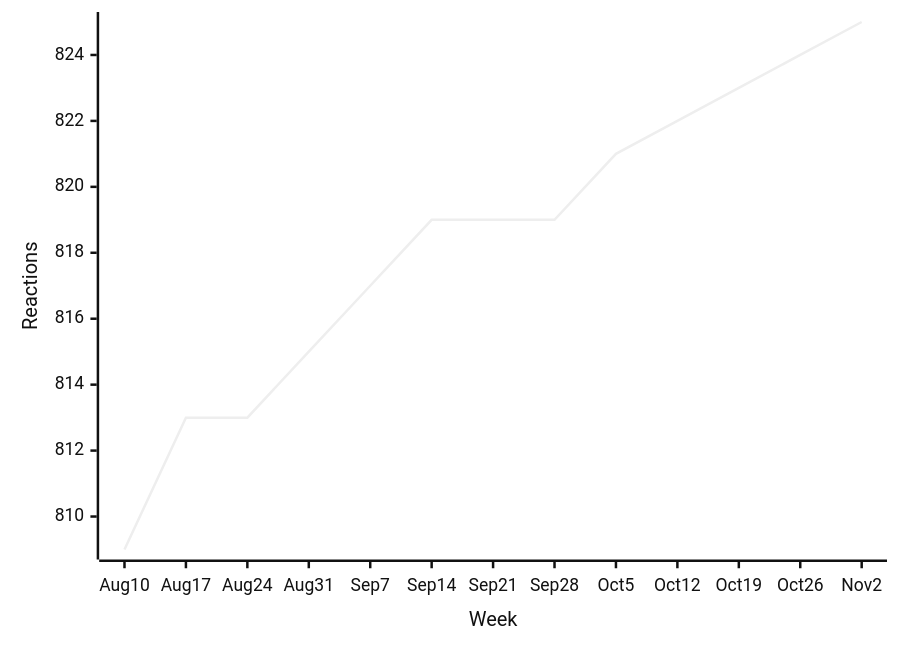
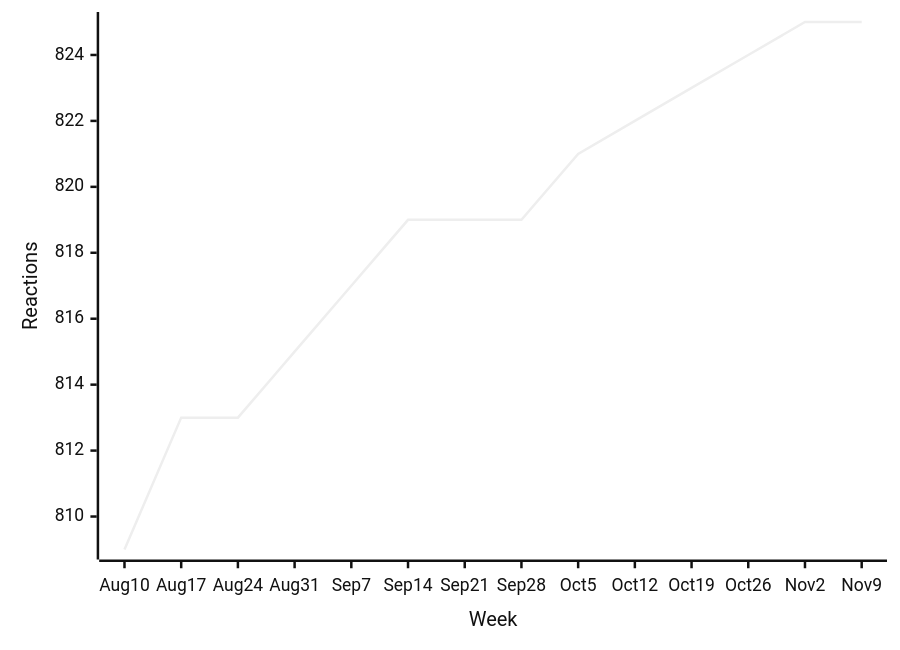
One commit to loic-sharma/github-insights changed the eighth of 38 diagrams in README.md. Above: the diagram before and after it, drawn with Mermaid (neutral theme). The commit also changed other lines of this file and 3 other files, not shown here.

````diff
--- a/README.md
+++ b/README.md
@@ -460,6 +443,6 @@
   ```mermaid
   xychart-beta
-    x-axis "Week" [Aug 10, Aug 17, Aug 24, Aug 31, Sep 7, Sep 14, Sep 21, Sep 28, Oct 5, Oct 12, Oct 19, Oct 26, Nov 2]
+    x-axis "Week" [Aug 10, Aug 17, Aug 24, Aug 31, Sep 7, Sep 14, Sep 21, Sep 28, Oct 5, Oct 12, Oct 19, Oct 26, Nov 2, Nov 9]
     y-axis "Reactions"
-    line [809, 813, 813, 815, 817, 819, 819, 819, 821, 822, 823, 824, 825]
+    line [809, 813, 813, 815, 817, 819, 819, 819, 821, 822, 823, 824, 825, 825]
   ```
````
